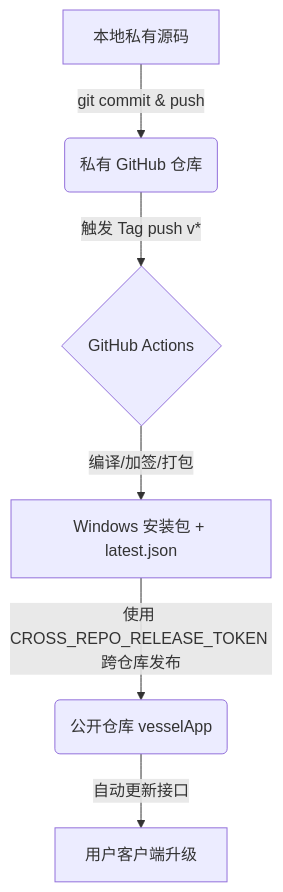
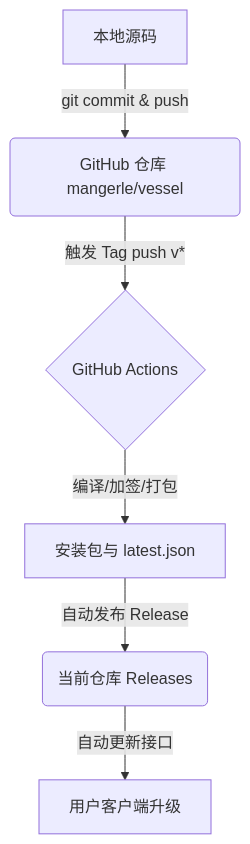
Before and after one commit to mangerle/vessel: the diagram in docs/release-guide.md, drawn with Mermaid. The commit also changed other lines of this file and 4 other files, not shown here.

````diff
--- a/docs/release-guide.md
+++ b/docs/release-guide.md
@@ -11,8 +9,8 @@
 ```mermaid
 graph TD
-    A[本地私有源码] -- git commit & push --> B(私有 GitHub 仓库)
+    A[本地源码] -- git commit & push --> B(GitHub 仓库 mangerle/vessel)
     B -- 触发 Tag push v* --> C{GitHub Actions}
-    C -- 编译/加签/打包 --> D[Windows 安装包 + latest.json]
-    D -- 使用 CROSS_REPO_RELEASE_TOKEN 跨仓库发布 --> E(公开仓库 vesselApp)
+    C -- 编译/加签/打包 --> D[安装包与 latest.json]
+    D -- 自动发布 Release --> E(当前仓库 Releases)
     E -- 自动更新接口 --> F[用户客户端升级]
 ```
````
